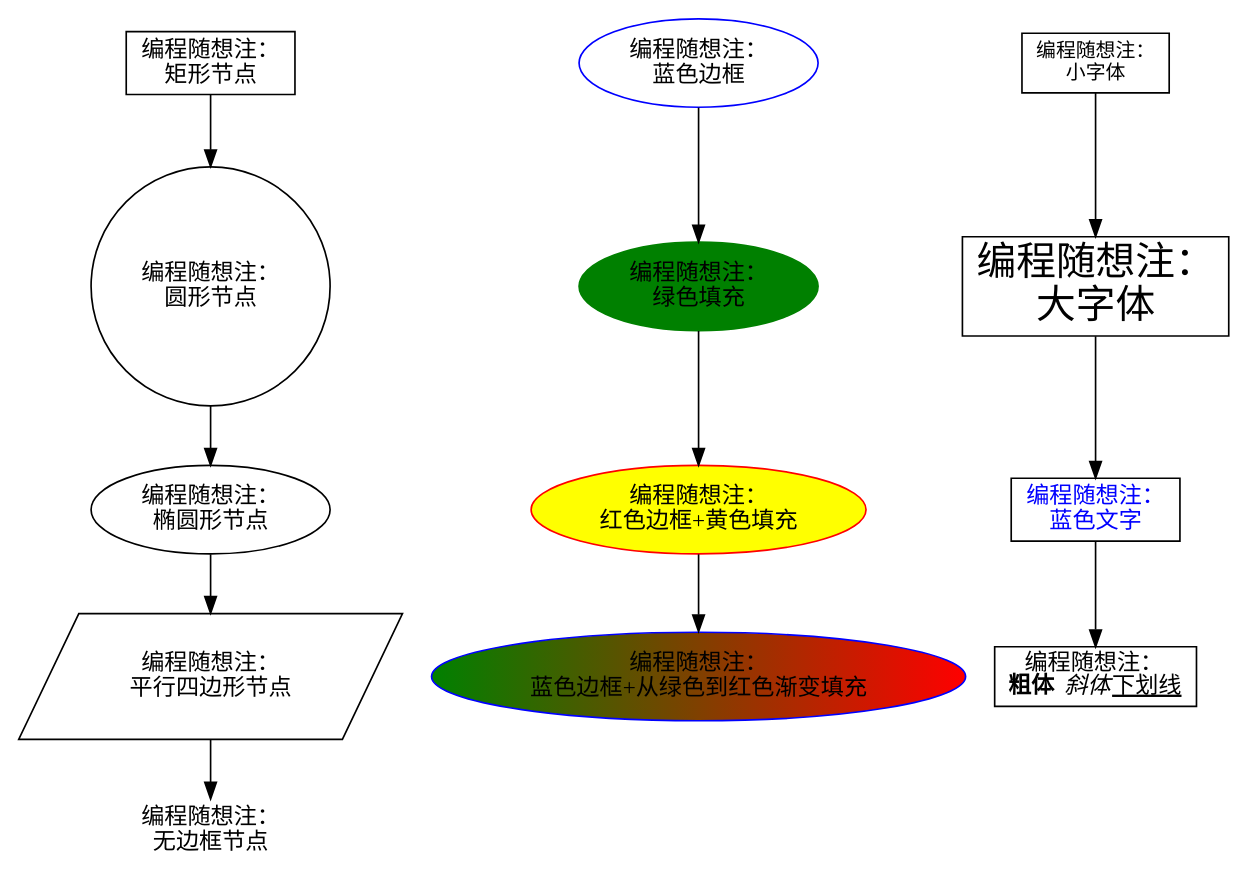
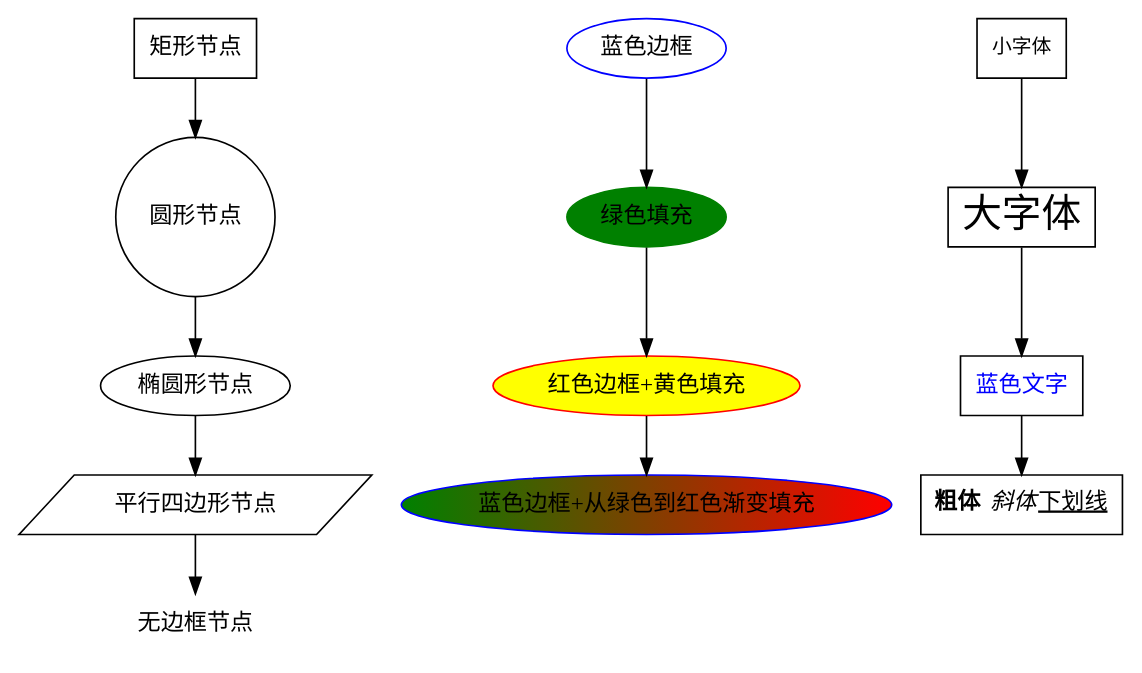
The third of 6 diagrams in blog/software/graphviz.org (pinvondev/pinvondev.github.io), drawn with Graphviz before and after one commit. The commit also changed other lines of this file and 1 other file, not shown here.

Commit message:
--Committed by EGO

```diff
--- a/blog/software/graphviz.org
+++ b/blog/software/graphviz.org
@@ -83,25 +83,25 @@
 #+BEGIN_SRC DOT
 digraph node_attr
 {
-    shape1 [shape=box, label="编程随想注：\n矩形节点"];
-    shape2 [shape=circle, label="编程随想注：\n圆形节点"];
-    shape3 [shape=ellipse, label="编程随想注：\n椭圆形节点"];
-    shape4 [shape=polygon, sides=4, skew=0.4, label="编程随想注：\n平行四边形节点"];
-    shape5 [shape=none, label="编程随想注：\n无边框节点"];
+    shape1 [shape=box, label="矩形节点"];
+    shape2 [shape=circle, label="圆形节点"];
+    shape3 [shape=ellipse, label="椭圆形节点"];
+    shape4 [shape=polygon, sides=4, skew=0.4, label="平行四边形节点"];
+    shape5 [shape=none, label="无边框节点"];
     shape1 -> shape2 -> shape3 -> shape4 -> shape5
 
-    color1 [color="blue", label="编程随想注：\n蓝色边框"]
-    color2 [color="green", style=filled, label="编程随想注：\n绿色填充"]
-    color3 [color="#ff0000", style=filled, fillcolor="yellow", label="编程随想注：\n红色边框+黄色填充"]
-    color4 [color="#0000FF" style=filled, fillcolor="green:red", label="编程随想注：\n蓝色边框+从绿色到红色渐变填充"]
+    color1 [color="blue", label="蓝色边框"]
+    color2 [color="green", style=filled, label="绿色填充"]
+    color3 [color="#ff0000", style=filled, fillcolor="yellow", label="红色边框+黄色填充"]
+    color4 [color="#0000FF" style=filled, fillcolor="green:red", label="蓝色边框+从绿色到红色渐变填充"]
     /* 上面两个节点采用 HTML 的颜色语法，dot 支持 这种语法 */
     color1 -> color2 -> color3 -> color4
 
-    text1 [shape=box, fontsize=12, label="编程随想注：\n小字体"]
-    text2 [shape=box, fontsize=24, label="编程随想注：\n大字体"]
-    text3 [shape=box, fontcolor="blue", label="编程随想注：\n蓝色文字"]
-    text4 [shape=box, label=<编程随想注：<br/><b>粗体</b> <i>斜体</i><u>下划线</u>>]
+    text1 [shape=box, fontsize=12, label="小字体"]
+    text2 [shape=box, fontsize=24, label="大字体"]
+    text3 [shape=box, fontcolor="blue", label="蓝色文字"]
+    text4 [shape=box, label=<<b>粗体</b> <i>斜体</i><u>下划线</u>>]
     // 注意：text4 使用 HTML 风格的 label，无需引号，但必须用尖括号
     text1 -> text2 -> text3 -> text4
 }
 #+END_SRC
```
